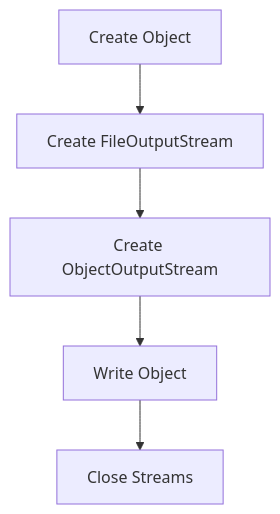
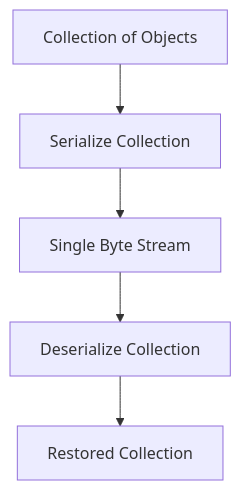
One commit to DanielCreggOrganization/w9-lab-serialization-zainabajiboye changed the third of 6 diagrams in README.md. Above: the diagram before and after it, drawn with Mermaid. The commit also changed other lines of this file, not shown here.

````diff
--- a/README.md
+++ b/README.md
@@ -97,7 +245,7 @@
 ```mermaid
 graph TD
-    A[Create Object] --> B[Create FileOutputStream]
-    B --> C[Create ObjectOutputStream]
-    C --> D[Write Object]
-    D --> E[Close Streams]
+    A[Collection of Objects] --> B[Serialize Collection]
+    B --> C[Single Byte Stream]
+    C --> D[Deserialize Collection]
+    D --> E[Restored Collection]
 ```
````
